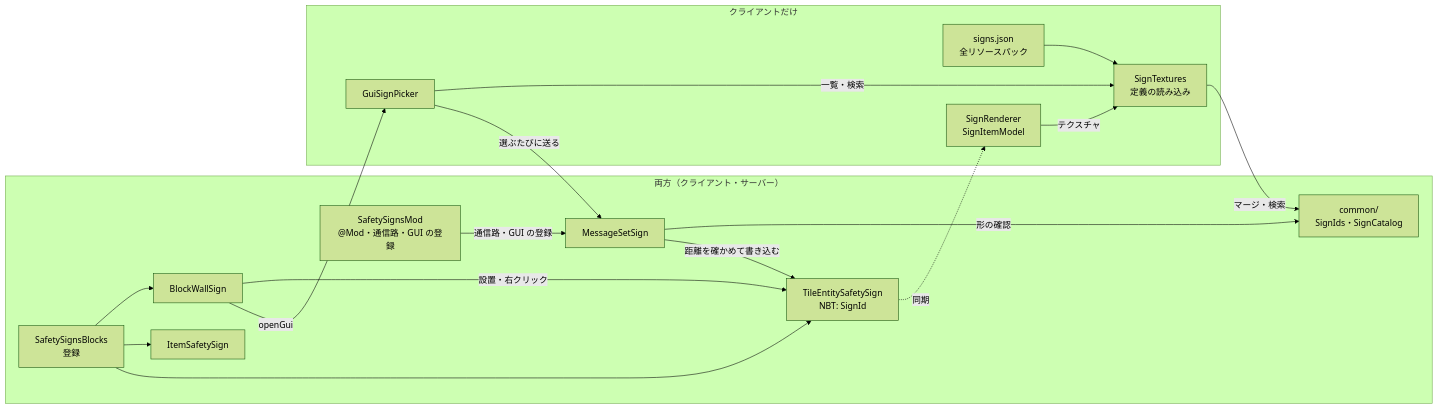
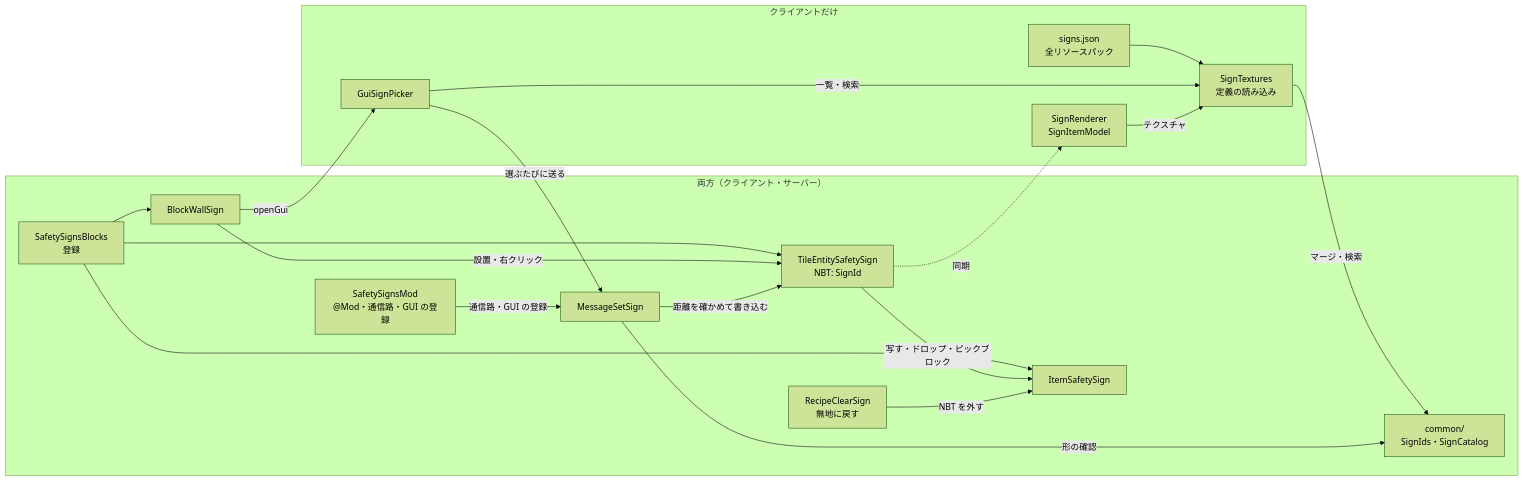
The first of 2 diagrams in doc/architecture.md (zeusisgood/safetysigns), drawn with Mermaid (forest theme) before and after one commit. The commit also changed other lines of this file and 13 other files, not shown here.

First line of the commit message:
Add sign copying, pick block, pattern-keeping drops and the clear recipe

````diff
--- a/doc/architecture.md
+++ b/doc/architecture.md
@@ -28,32 +29,35 @@
 ```mermaid
 flowchart LR
     subgraph Both["両方（クライアント・サーバー）"]
         Mod["SafetySignsMod<br/>@Mod・通信路・GUI の登録"]
         Reg["SafetySignsBlocks<br/>登録"]
         Block["BlockWallSign"]
         Item["ItemSafetySign"]
         TE["TileEntitySafetySign<br/>NBT: SignId"]
         Msg["MessageSetSign"]
         Common["common/<br/>SignIds・SignCatalog"]
+        Recipe["RecipeClearSign<br/>無地に戻す"]
     end
     subgraph Client["クライアントだけ"]
         Tex["SignTextures<br/>定義の読み込み"]
         Json["signs.json<br/>全リソースパック"]
         Render["SignRenderer<br/>SignItemModel"]
         Gui["GuiSignPicker"]
     end
     Mod -- 通信路・GUI の登録 --> Msg
     Reg --> Block
     Reg --> Item
     Reg --> TE
     Block -- 設置・右クリック --> TE
+    TE -- 写す・ドロップ・ピックブロック --> Item
+    Recipe -- NBT を外す --> Item
     Block -- openGui --> Gui
     Json --> Tex
     Tex -- マージ・検索 --> Common
     Gui -- 一覧・検索 --> Tex
     Gui -- 選ぶたびに送る --> Msg
     Msg -- 形の確認 --> Common
     Msg -- 距離を確かめて書き込む --> TE
     TE -. 同期 .-> Render
     Render -- テクスチャ --> Tex
 ```
````
